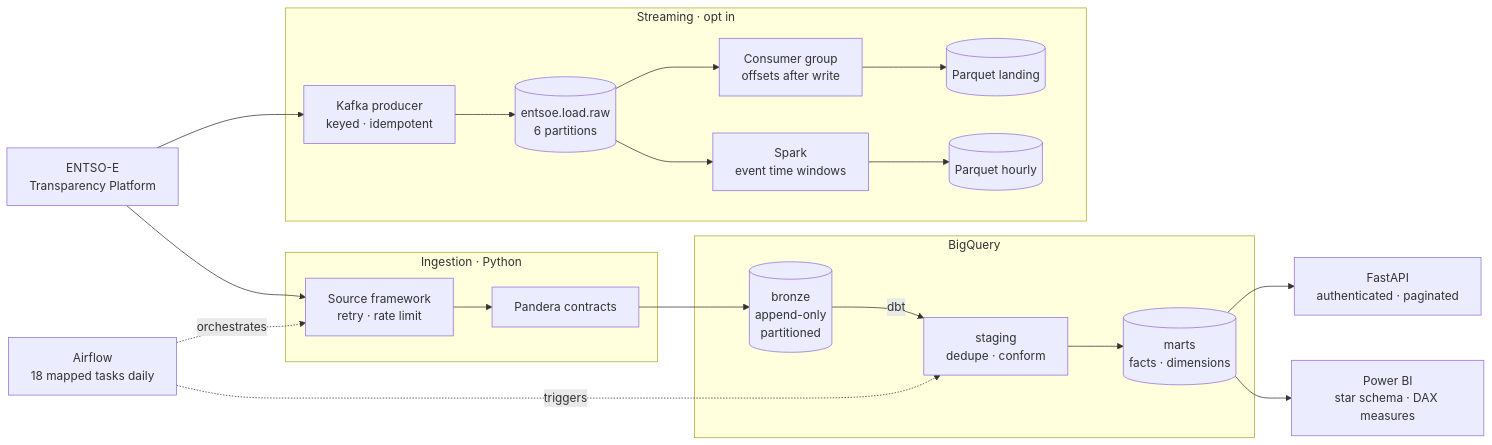
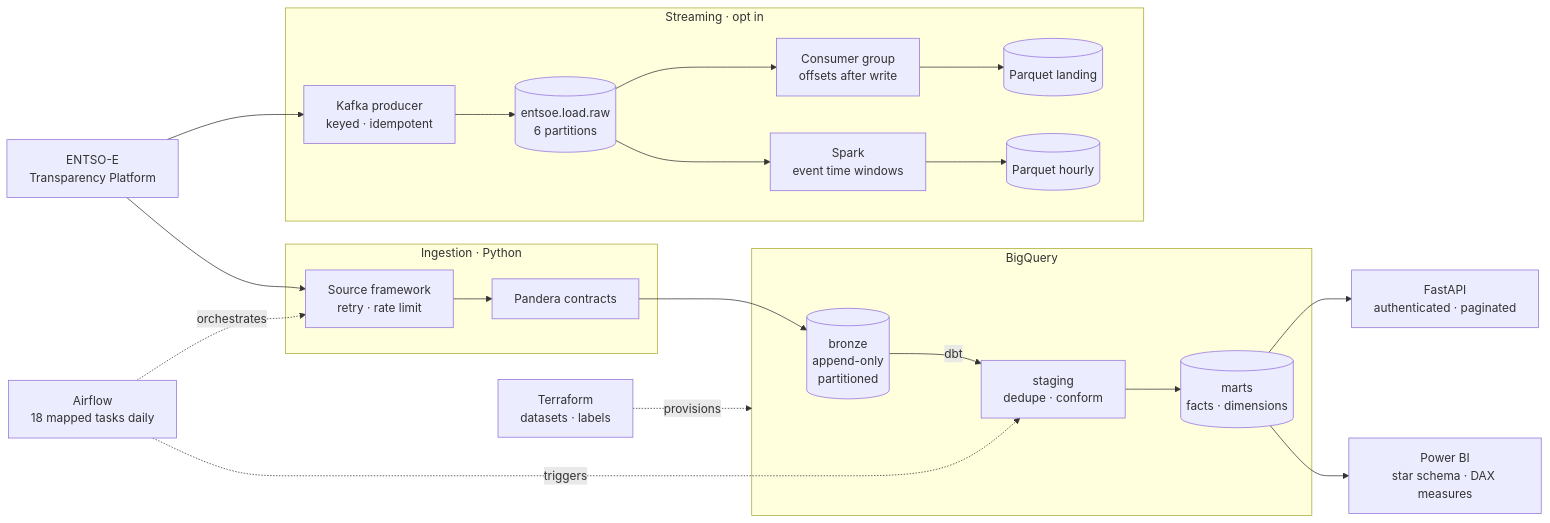
One commit to suhasnu/entsoe-data-platform changed the diagram in README.md. Above: the diagram before and after it, drawn with Mermaid. The commit also changed other lines of this file, not shown here.

Commit message:
docs: added terraform into the architecture in README

````diff
--- a/README.md
+++ b/README.md
@@ -9,38 +9,40 @@
 ```mermaid
 flowchart LR
     E[ENTSO-E<br/>Transparency Platform]
 
     subgraph ingest[Ingestion · Python]
         S[Source framework<br/>retry · rate limit]
         V[Pandera contracts]
     end
 
     subgraph bq[BigQuery]
         B[(bronze<br/>append-only<br/>partitioned)]
         ST[staging<br/>dedupe · conform]
         M[(marts<br/>facts · dimensions)]
     end
 
     subgraph stream[Streaming · opt in]
         P[Kafka producer<br/>keyed · idempotent]
         K[(entsoe.load.raw<br/>6 partitions)]
         C[Consumer group<br/>offsets after write]
         SP[Spark<br/>event time windows]
         L[(Parquet landing)]
         H[(Parquet hourly)]
     end
 
     API[FastAPI<br/>authenticated · paginated]
     PBI[Power BI<br/>star schema · DAX measures]
     A[Airflow<br/>18 mapped tasks daily]
+    TF[Terraform<br/>datasets · labels]
 
     E --> S --> V --> B
     E --> P --> K
     K --> C --> L
     K --> SP --> H
     B -->|dbt| ST --> M
     M --> API
     M --> PBI
     A -.orchestrates.-> S
     A -.triggers.-> ST
+    TF -.provisions.-> bq
 ```
````
